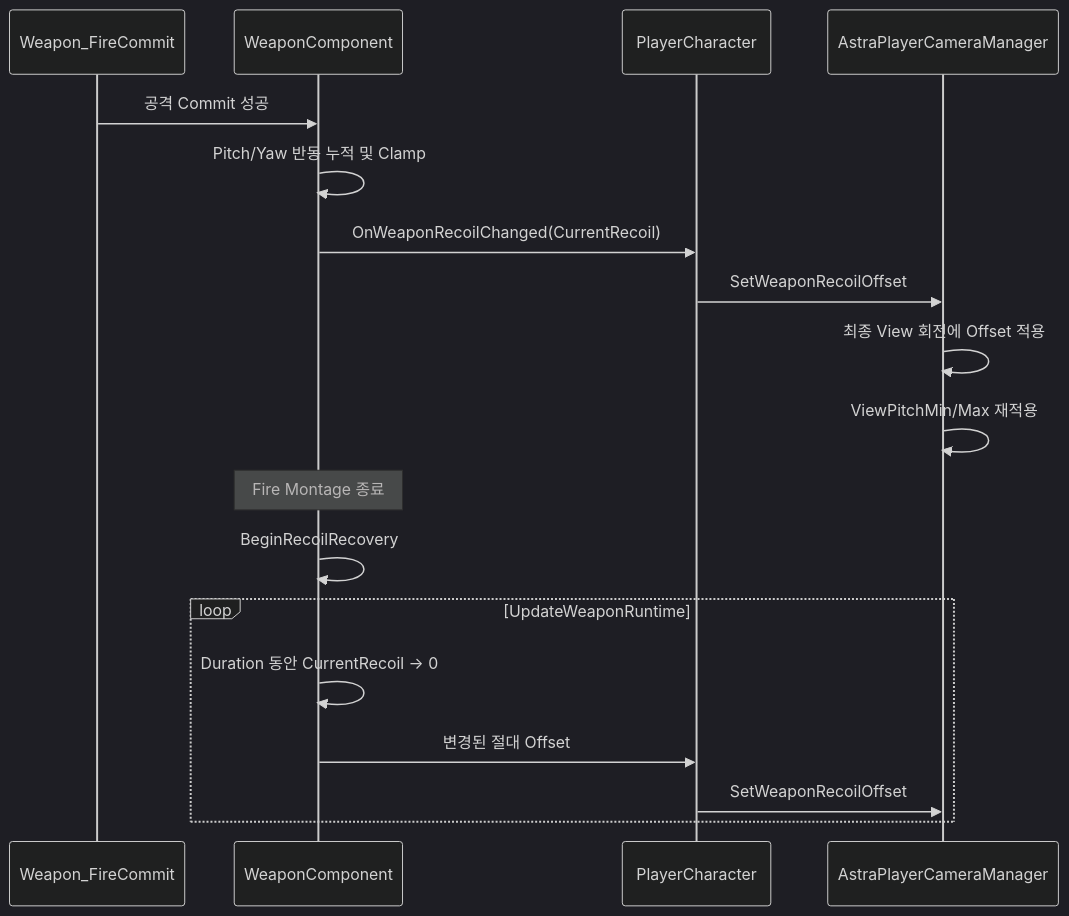
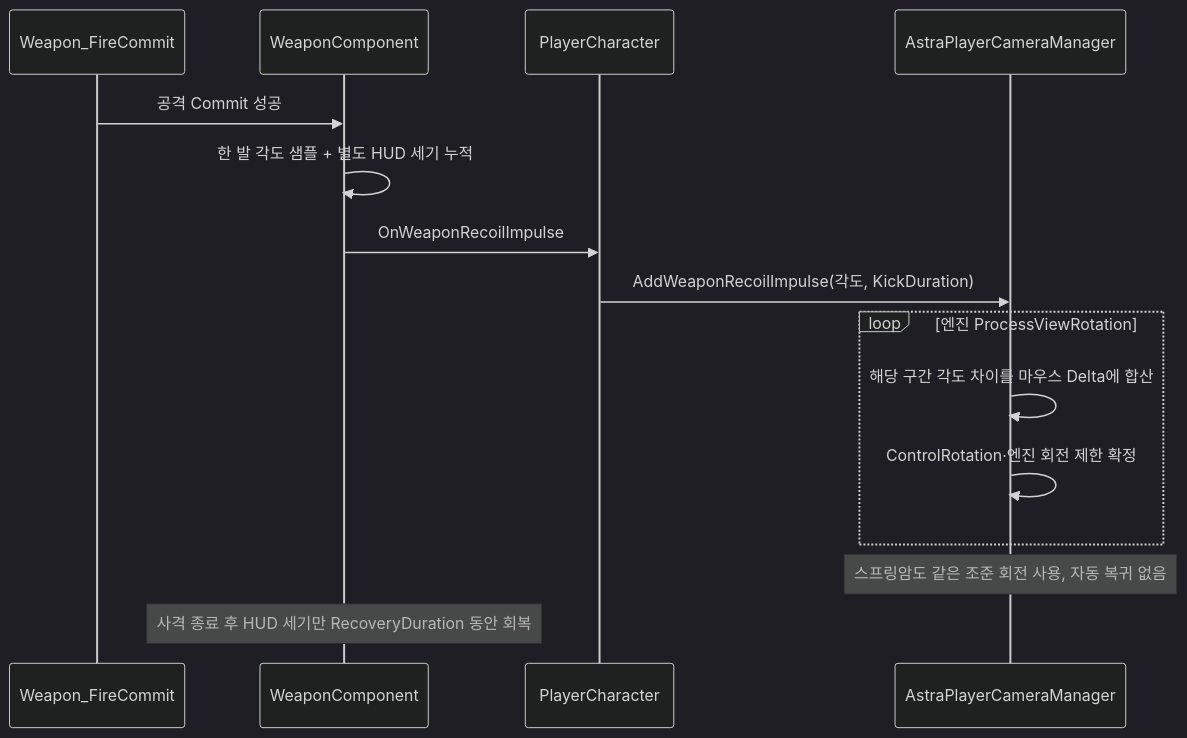
The second of 5 diagrams in Wiki/03_시스템 설계/무기 조준·반동·명중률.md (liang2papa/Astra_Docs), drawn with Mermaid (dark theme) before and after one commit. The commit also changed other lines of this file and 49 other files, not shown here.

````diff
--- a/Wiki/03_시스템 설계/무기 조준·반동·명중률.md
+++ b/Wiki/03_시스템 설계/무기 조준·반동·명중률.md
@@ -148,20 +150,17 @@
 ```mermaid
 sequenceDiagram
     participant Notify as Weapon_FireCommit
     participant Weapon as WeaponComponent
     participant Character as PlayerCharacter
     participant Camera as AstraPlayerCameraManager
     Notify->>Weapon: 공격 Commit 성공
-    Weapon->>Weapon: Pitch/Yaw 반동 누적 및 Clamp
-    Weapon->>Character: OnWeaponRecoilChanged(CurrentRecoil)
-    Character->>Camera: SetWeaponRecoilOffset
-    Camera->>Camera: 최종 View 회전에 Offset 적용
-    Camera->>Camera: ViewPitchMin/Max 재적용
-    Note over Weapon: Fire Montage 종료
-    Weapon->>Weapon: BeginRecoilRecovery
-    loop UpdateWeaponRuntime
-        Weapon->>Weapon: Duration 동안 CurrentRecoil → 0
-        Weapon->>Character: 변경된 절대 Offset
-        Character->>Camera: SetWeaponRecoilOffset
+    Weapon->>Weapon: 한 발 각도 샘플 + 별도 HUD 세기 누적
+    Weapon->>Character: OnWeaponRecoilImpulse
+    Character->>Camera: AddWeaponRecoilImpulse(각도, KickDuration)
+    loop 엔진 ProcessViewRotation
+        Camera->>Camera: 해당 구간 각도 차이를 마우스 Delta에 합산
+        Camera->>Camera: ControlRotation·엔진 회전 제한 확정
     end
+    Note over Camera: 스프링암도 같은 조준 회전 사용, 자동 복귀 없음
+    Note over Weapon: 사격 종료 후 HUD 세기만 RecoveryDuration 동안 회복
 ```
````
